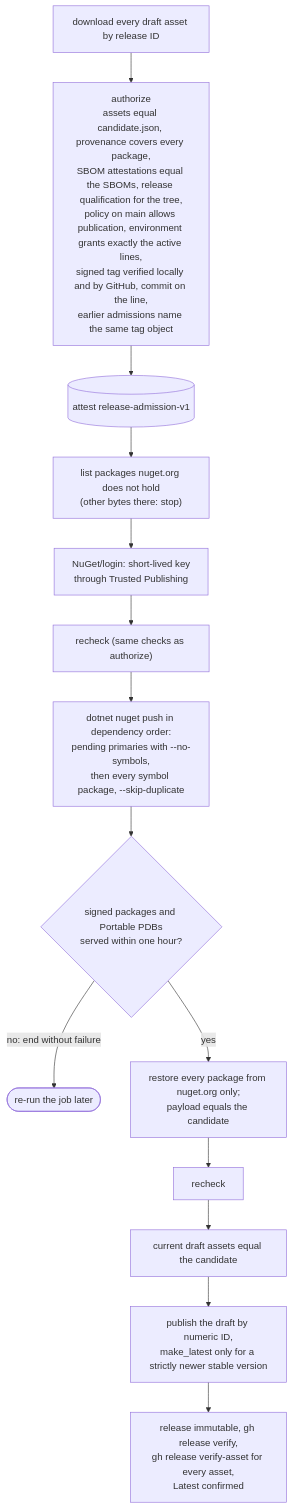
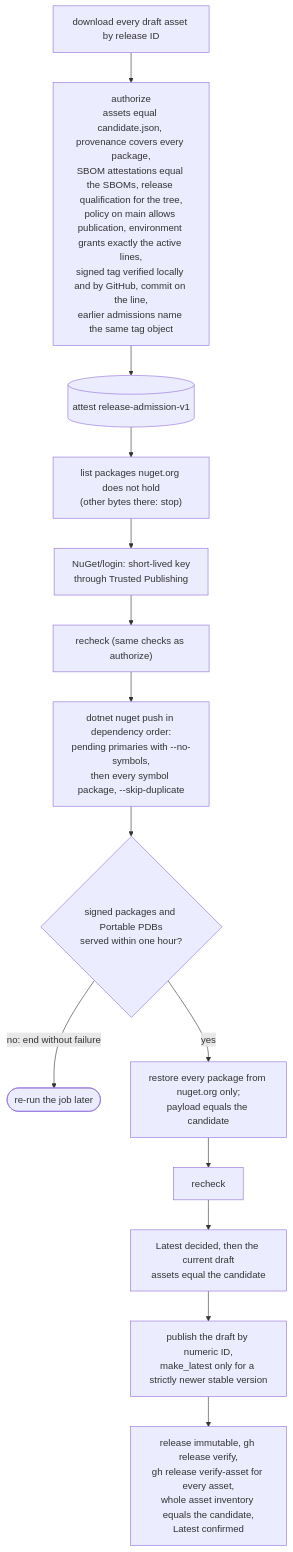
Diagram 13 of 19 in docs/overview.md (doka-labs/workflows), drawn with Mermaid before and after one commit. The commit also changed other lines of this file and 21 other files, not shown here.

````diff
--- a/docs/overview.md
+++ b/docs/overview.md
@@ -319,16 +319,16 @@
 ```mermaid
 flowchart TB
   dl["download every draft asset by release ID"] --> auth["authorize<br/>assets equal candidate.json, provenance covers every package,<br/>SBOM attestations equal the SBOMs, release qualification for the tree,<br/>policy on main allows publication, environment grants exactly the active lines,<br/>signed tag verified locally and by GitHub, commit on the line,<br/>earlier admissions name the same tag object"]
   auth --> adm[("attest release-admission-v1")]
   adm --> pending["list packages nuget.org does not hold<br/>(other bytes there: stop)"]
   pending --> login["NuGet/login: short-lived key<br/>through Trusted Publishing"]
   login --> recheck["recheck (same checks as authorize)"]
   recheck --> push["dotnet nuget push in dependency order:<br/>pending primaries with --no-symbols,<br/>then every symbol package, --skip-duplicate"]
   push --> readback{"signed packages and Portable PDBs<br/>served within one hour?"}
   readback -- "no: end without failure" --> rerun(["re-run the job later"])
   readback -- yes --> consumer["restore every package from nuget.org only;<br/>payload equals the candidate"]
   consumer --> recheck2["recheck"]
-  recheck2 --> cur["current draft assets equal the candidate"]
+  recheck2 --> cur["Latest decided, then the current draft<br/>assets equal the candidate"]
   cur --> rel["publish the draft by numeric ID,<br/>make_latest only for a strictly newer stable version"]
-  rel --> verify["release immutable, gh release verify,<br/>gh release verify-asset for every asset,<br/>Latest confirmed"]
+  rel --> verify["release immutable, gh release verify,<br/>gh release verify-asset for every asset,<br/>whole asset inventory equals the candidate,<br/>Latest confirmed"]
 ```
````
